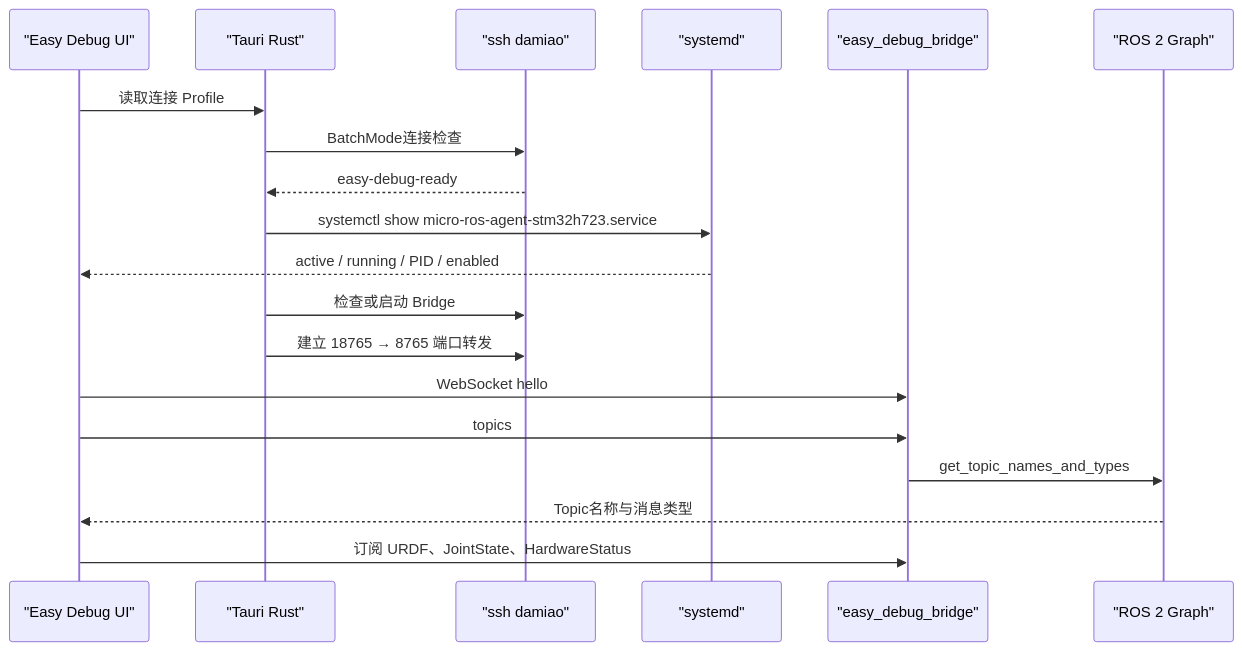
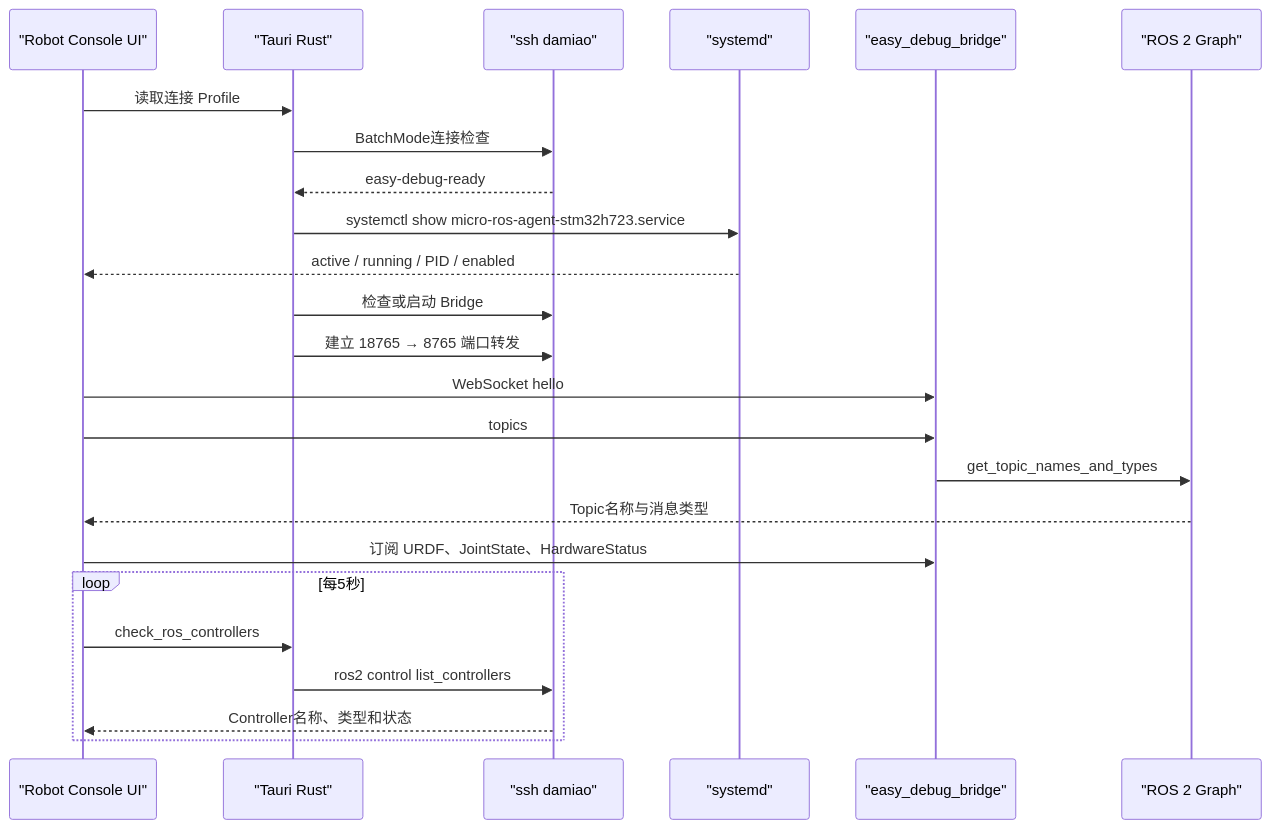
Before and after one commit to phamstered/rebotarm-debug-desk: the second of 4 diagrams in docs/obsidian/Easy Debug 上位机架构.md, drawn with Mermaid. The commit also changed other lines of this file and 20 other files, not shown here.

Commit message:
feat: expand Robot Console workspace

````diff
--- a/docs/obsidian/Easy Debug 上位机架构.md
+++ b/docs/obsidian/Easy Debug 上位机架构.md
@@ -90,22 +98,27 @@
 ```mermaid
 sequenceDiagram
-    participant UI as "Easy Debug UI"
+    participant UI as "Robot Console UI"
     participant Rust as "Tauri Rust"
     participant SSH as "ssh damiao"
     participant Systemd as "systemd"
     participant Bridge as "easy_debug_bridge"
     participant ROS as "ROS 2 Graph"
 
     UI->>Rust: 读取连接 Profile
     Rust->>SSH: BatchMode连接检查
     SSH-->>Rust: easy-debug-ready
     Rust->>Systemd: systemctl show micro-ros-agent-stm32h723.service
     Systemd-->>UI: active / running / PID / enabled
     Rust->>SSH: 检查或启动 Bridge
     Rust->>SSH: 建立 18765 → 8765 端口转发
     UI->>Bridge: WebSocket hello
     UI->>Bridge: topics
     Bridge->>ROS: get_topic_names_and_types
     ROS-->>UI: Topic名称与消息类型
     UI->>Bridge: 订阅 URDF、JointState、HardwareStatus
+    loop 每5秒
+        UI->>Rust: check_ros_controllers
+        Rust->>SSH: ros2 control list_controllers
+        SSH-->>UI: Controller名称、类型和状态
+    end
 ```
````
